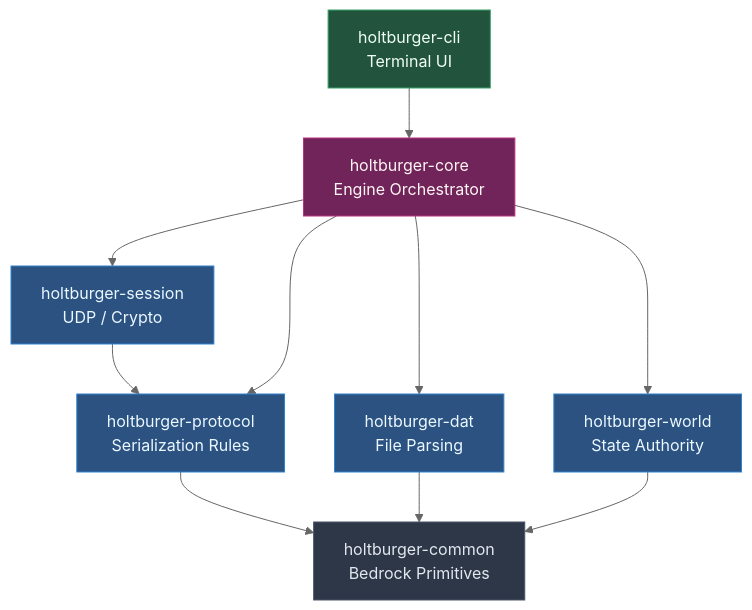
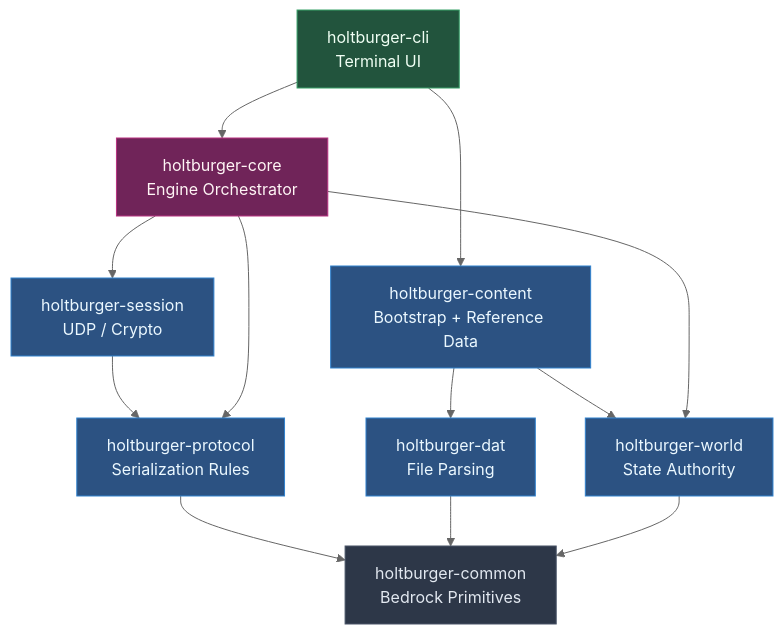
Before and after one commit to merklejerk/holtburger: the first of 2 diagrams in ARCHITECTURE.md, drawn with Mermaid (neutral theme). The commit also changed other lines of this file and 38 other files, not shown here.

````diff
--- a/ARCHITECTURE.md
+++ b/ARCHITECTURE.md
@@ -18,31 +18,34 @@
 ```mermaid
 graph TD
     Common[holtburger-common<br/>Bedrock Primitives]
     Protocol[holtburger-protocol<br/>Serialization Rules]
     Dat[holtburger-dat<br/>File Parsing]
+    Content[holtburger-content<br/>Bootstrap + Reference Data]
     Session[holtburger-session<br/>UDP / Crypto]
     World[holtburger-world<br/>State Authority]
     Core[holtburger-core<br/>Engine Orchestrator]
     CLI[holtburger-cli<br/>Terminal UI]
 
     %% Dependencies
     Protocol --> Common
     Dat --> Common
+    Content --> Dat
+    Content --> World
     World --> Common
     Session --> Protocol
     Core --> Session
     Core --> World
     Core --> Protocol
-    Core --> Dat
+    CLI --> Content
     CLI --> Core
     
     classDef bedrock fill:#2d3748,stroke:#4a5568,color:#e2e8f0;
     classDef internal fill:#2c5282,stroke:#3182ce,color:#ebf8ff;
     classDef engine fill:#702459,stroke:#b83280,color:#fff5f5;
     classDef app fill:#22543d,stroke:#38a169,color:#f0fff4;
 
     class Common bedrock;
-    class Protocol,Dat,Session,World internal;
+    class Protocol,Dat,Content,Session,World internal;
     class Core engine;
     class CLI app;
 ```
````
